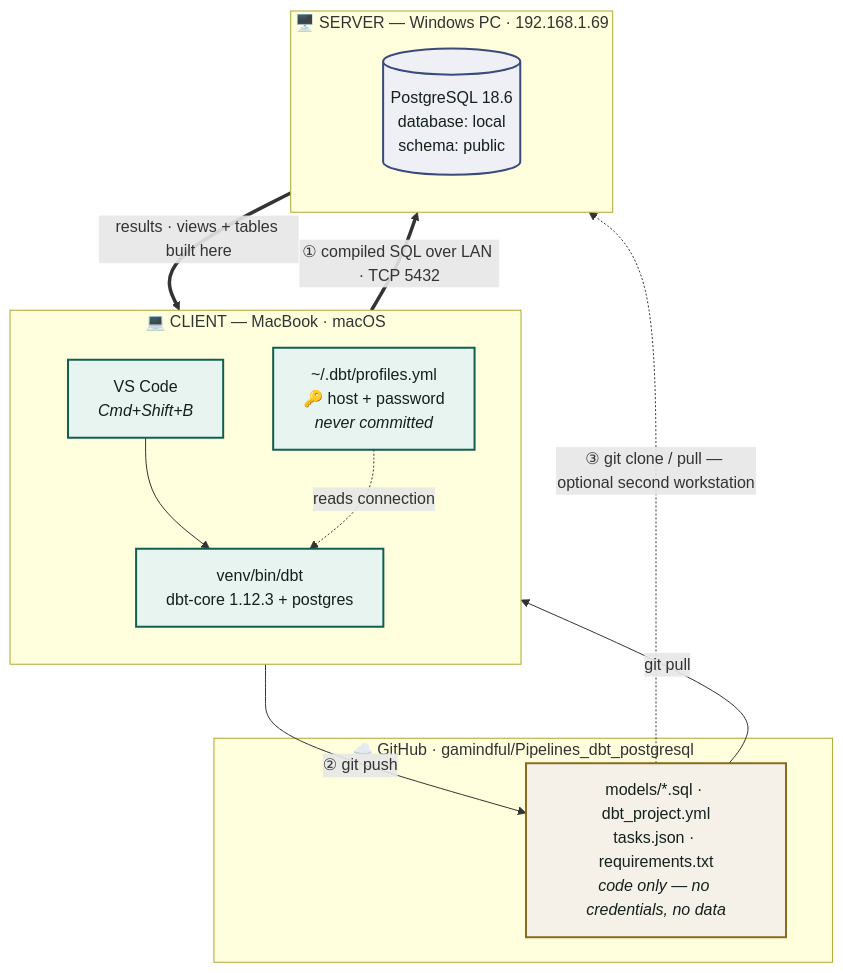
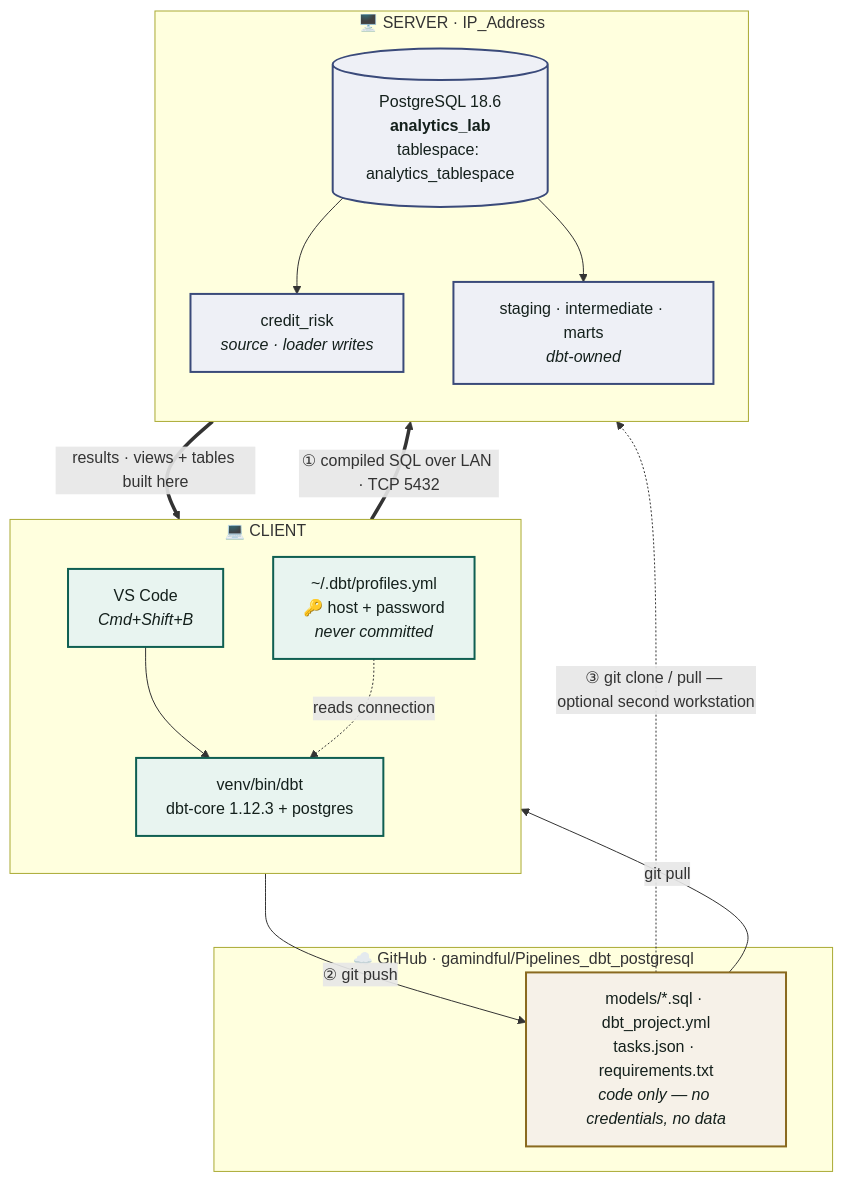
One commit to gamindful/Pipelines_dbt_postgresql changed the diagram in README.md. Above: the diagram before and after it, drawn with Mermaid. The commit also changed other lines of this file and 10 other files, not shown here.

````diff
--- a/README.md
+++ b/README.md
@@ -7,35 +7,39 @@
 ```mermaid
 flowchart TB
     subgraph GH["☁️ GitHub · gamindful/Pipelines_dbt_postgresql"]
         REPO["models/*.sql · dbt_project.yml<br/>tasks.json · requirements.txt<br/><i>code only — no credentials, no data</i>"]
     end
 
-    subgraph CLIENT["💻 CLIENT — MacBook · macOS"]
+    subgraph CLIENT["💻 CLIENT"]
         direction TB
         CODE["VS Code<br/><i>Cmd+Shift+B</i>"]
         CDBT["venv/bin/dbt<br/>dbt-core 1.12.3 + postgres"]
         CPROF["~/.dbt/profiles.yml<br/>🔑 host + password<br/><i>never committed</i>"]
         CODE --> CDBT
         CPROF -. "reads connection" .-> CDBT
     end
 
-    subgraph SERVER["🖥️ SERVER — Windows PC · 192.168.1.69"]
+    subgraph SERVER["🖥️ SERVER · IP_Address"]
         direction TB
-        PG[("PostgreSQL 18.6<br/>database: local<br/>schema: public")]
+        PG[("PostgreSQL 18.6<br/><b>analytics_lab</b><br/>tablespace: analytics_tablespace")]
+        SRC["credit_risk<br/><i>source · loader writes</i>"]
+        DBT["staging · intermediate · marts<br/><i>dbt-owned</i>"]
+        PG --> SRC
+        PG --> DBT
     end
 
     CDBT ==>|"① compiled SQL over LAN · TCP 5432"| PG
     PG ==> |"results · views + tables built here"| CDBT
 
     CLIENT --> |"② git push"| REPO
     REPO --> |"git pull"| CLIENT
 
     REPO -. "③ git clone / pull — optional second workstation" .-> SERVER
 
     classDef client fill:#e8f4f0,stroke:#0f5f52,stroke-width:2px,color:#14201c
     classDef server fill:#eef0f6,stroke:#3a4a7a,stroke-width:2px,color:#14201c
     classDef cloud  fill:#f6f1e8,stroke:#8a6a1f,stroke-width:2px,color:#14201c
     class CODE,CDBT,CPROF client
-    class PG server
+    class PG,SRC,DBT server
     class REPO cloud
 ```
````
